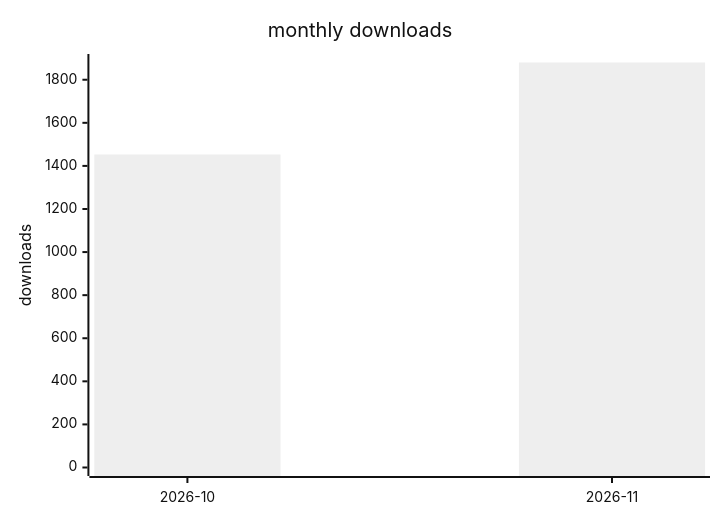
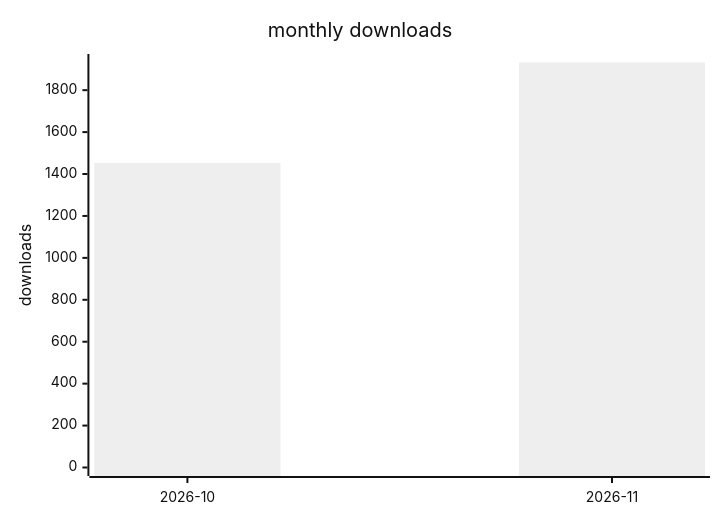
Before and after one commit to terry2010/dsh-loop-recover: the second of 2 diagrams in docs/downloads-2026.md, drawn with Mermaid (neutral theme). The commit also changed other lines of this file and 1 other file, not shown here.

````diff
--- a/docs/downloads-2026.md
+++ b/docs/downloads-2026.md
@@ -29,7 +29,7 @@
 ```mermaid
 xychart-beta
     title "monthly downloads"
     x-axis ["2026-10", "2026-11"]
-    y-axis "downloads" 0 --> 1880
-    bar [1453, 1880]
+    y-axis "downloads" 0 --> 1932
+    bar [1453, 1932]
 ```
````
